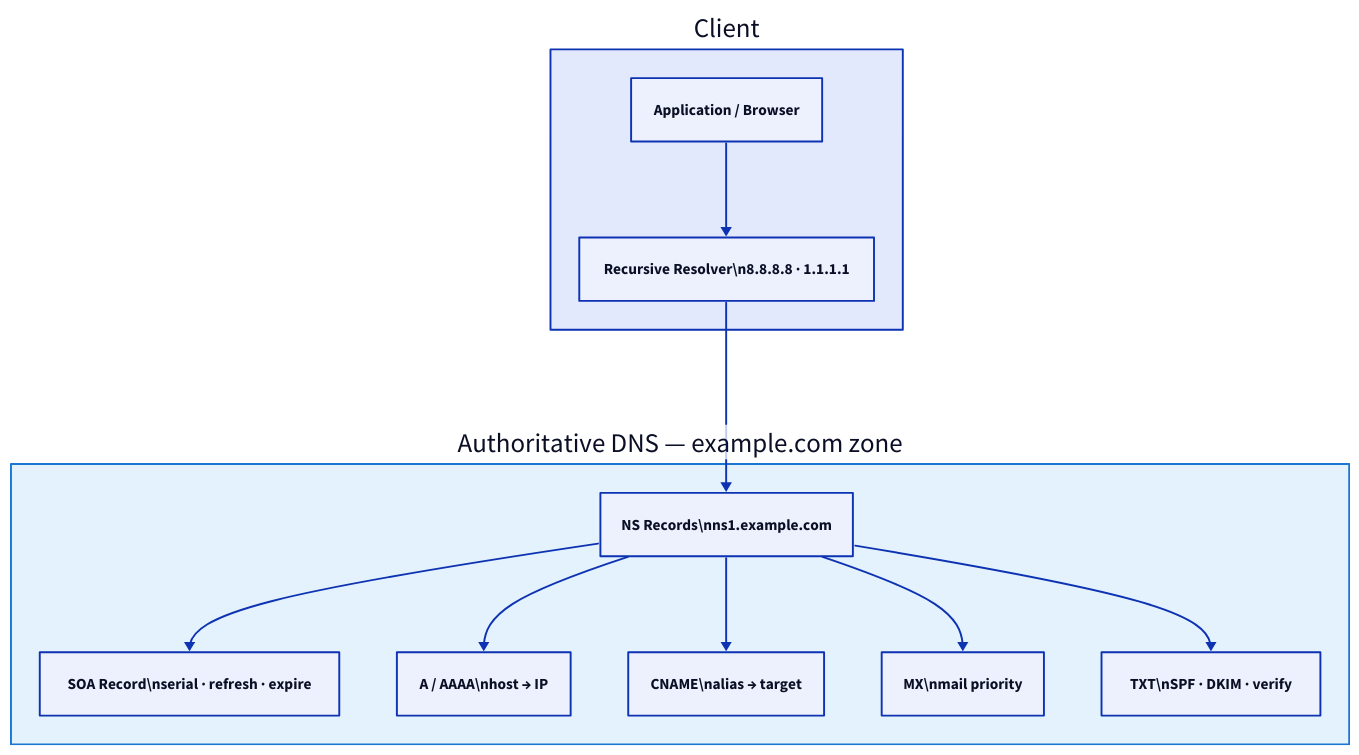
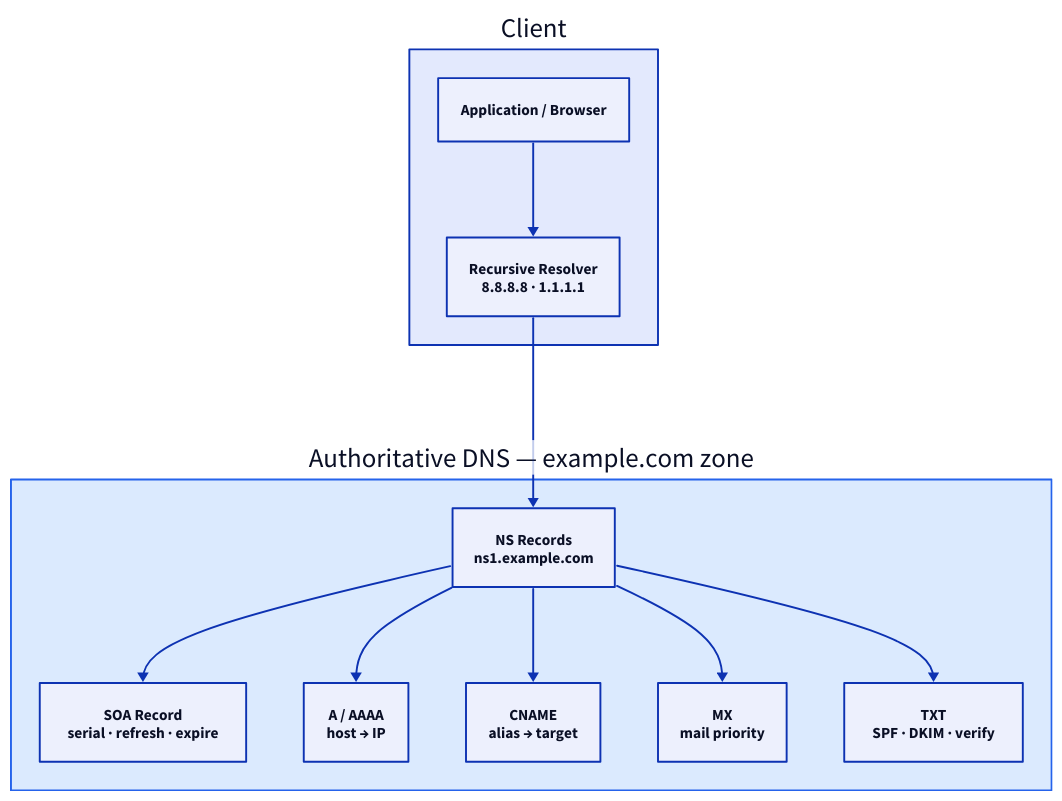
One commit to rebash-rebash/rebash-academy changed the diagram in docs/networking/dns-records-and-troubleshooting.md. Above: the diagram before and after it, drawn with D2. The commit also changed 177 other files, not shown here.

First line of the commit message:
Ship Terraform track, diagram polish, and new brand favicon.

````diff
--- a/docs/networking/dns-records-and-troubleshooting.md
+++ b/docs/networking/dns-records-and-troubleshooting.md
@@ -54,27 +54,27 @@
 ```d2
 direction: down
 
 Client: Client {
         APP: "Application / Browser"
-        RES: "Recursive Resolver\\n8.8.8.8 · 1.1.1.1"
+        RES: "Recursive Resolver\n8.8.8.8 · 1.1.1.1"
     }
     Auth: "Authoritative DNS — example.com zone" {
       style: {
-        fill: "#e3f2fd"
-        stroke: "#1976d2"
+        fill: "#dbeafe"
+        stroke: "#2563eb"
       }
-        NS: "NS Records\\nns1.example.com"
-        SOA: "SOA Record\\nserial · refresh · expire"
-        A: "A / AAAA\\nhost → IP"
-        CNAME: "CNAME\\nalias → target"
-        MX: "MX\\nmail priority"
-        TXT: "TXT\\nSPF · DKIM · verify"
+        NS: "NS Records\nns1.example.com"
+        SOA: "SOA Record\nserial · refresh · expire"
+        A: "A / AAAA\nhost → IP"
+        CNAME: "CNAME\nalias → target"
+        MX: "MX\nmail priority"
+        TXT: "TXT\nSPF · DKIM · verify"
     }
     Client.APP -> Client.RES
     Client.RES -> Auth.NS
     Auth.NS -> Auth.SOA
     Auth.NS -> Auth.A
     Auth.NS -> Auth.CNAME
     Auth.NS -> Auth.MX
     Auth.NS -> Auth.TXT
 ```
````
